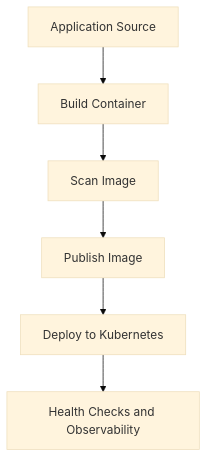
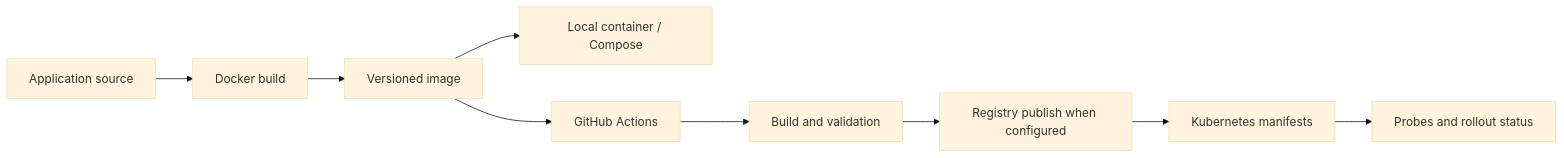
One commit to haqueamir70-coder/dockerized-application-devops changed the diagram in README.md. Above: the diagram before and after it, drawn with Mermaid (base theme). The commit also changed other lines of this file, not shown here.

````diff
--- a/README.md
+++ b/README.md
@@ -17,8 +24,11 @@
 ```mermaid
-flowchart TD
-  A[Application Source] --> B[Build Container]
-  B --> C[Scan Image]
-  C --> D[Publish Image]
-  D --> E[Deploy to Kubernetes]
-  E --> F[Health Checks and Observability]
+flowchart LR
+  Source[Application source] --> Build[Docker build]
+  Build --> Image[Versioned image]
+  Image --> Local[Local container / Compose]
+  Image --> CI[GitHub Actions]
+  CI --> Checks[Build and validation]
+  Checks --> Registry[Registry publish when configured]
+  Registry --> K8s[Kubernetes manifests]
+  K8s --> Health[Probes and rollout status]
 ```
````
